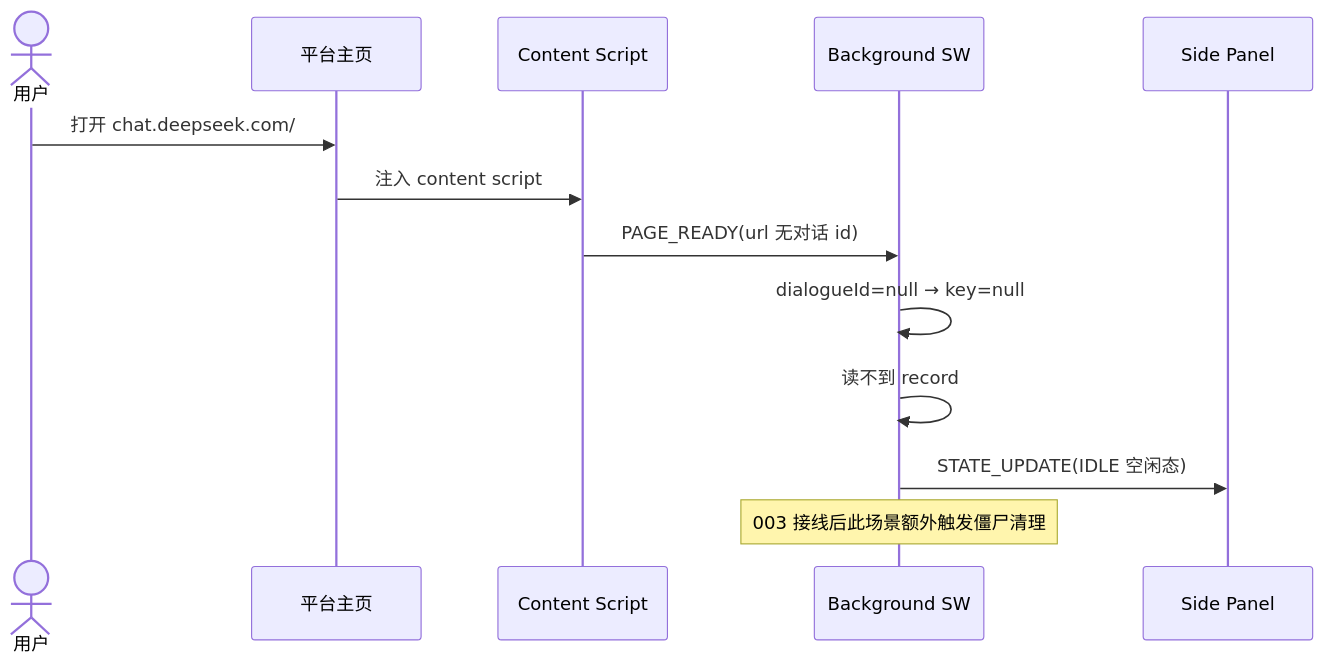
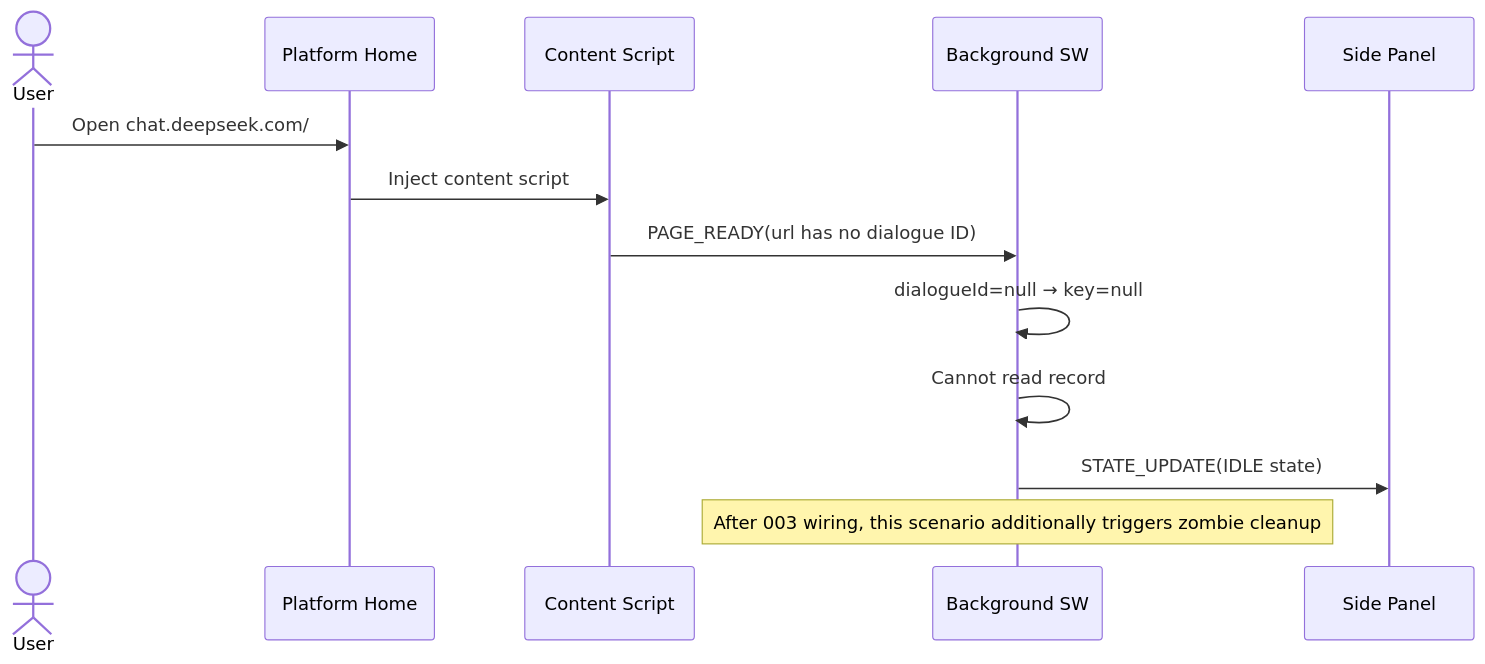
Before and after one commit to ZM-BAD/headroom: the first of 6 diagrams in specs/001-headroom-core.md, drawn with Mermaid. The commit also changed other lines of this file and 6 other files, not shown here.

````diff
--- a/specs/001-headroom-core.md
+++ b/specs/001-headroom-core.md
@@ -94,15 +94,15 @@
 ```mermaid
 sequenceDiagram
-    actor U as 用户
-    participant P as 平台主页
+    actor U as User
+    participant P as Platform Home
     participant C as Content Script
     participant B as Background SW
     participant S as Side Panel
-    U->>P: 打开 chat.deepseek.com/
-    P->>C: 注入 content script
-    C->>B: PAGE_READY(url 无对话 id)
+    U->>P: Open chat.deepseek.com/
+    P->>C: Inject content script
+    C->>B: PAGE_READY(url has no dialogue ID)
     B->>B: dialogueId=null → key=null
-    B->>B: 读不到 record
-    B->>S: STATE_UPDATE(IDLE 空闲态)
-    Note over B: 003 接线后此场景额外触发僵尸清理
+    B->>B: Cannot read record
+    B->>S: STATE_UPDATE(IDLE state)
+    Note over B: After 003 wiring, this scenario additionally triggers zombie cleanup
 ```
````
